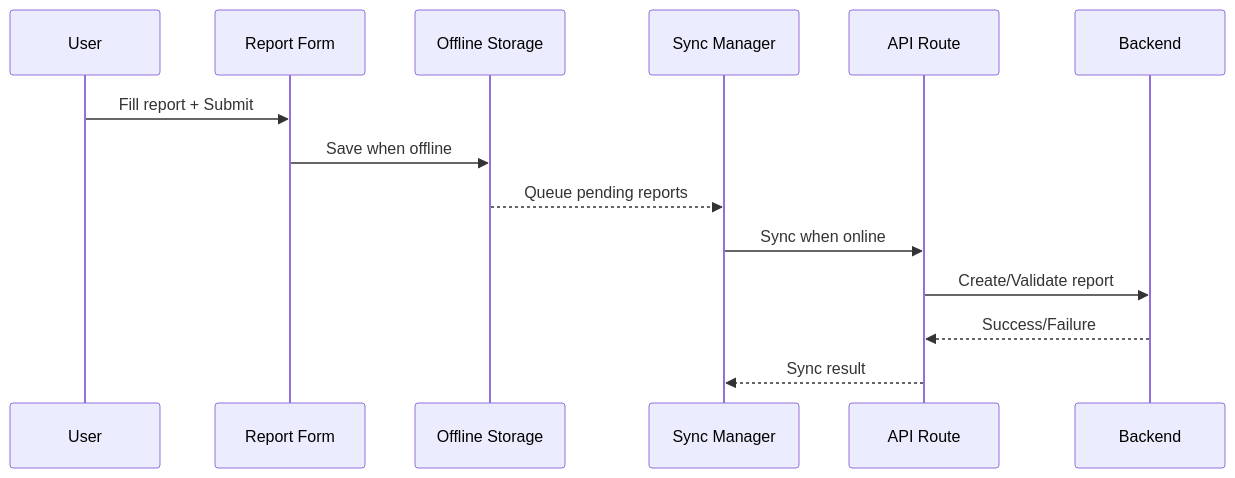
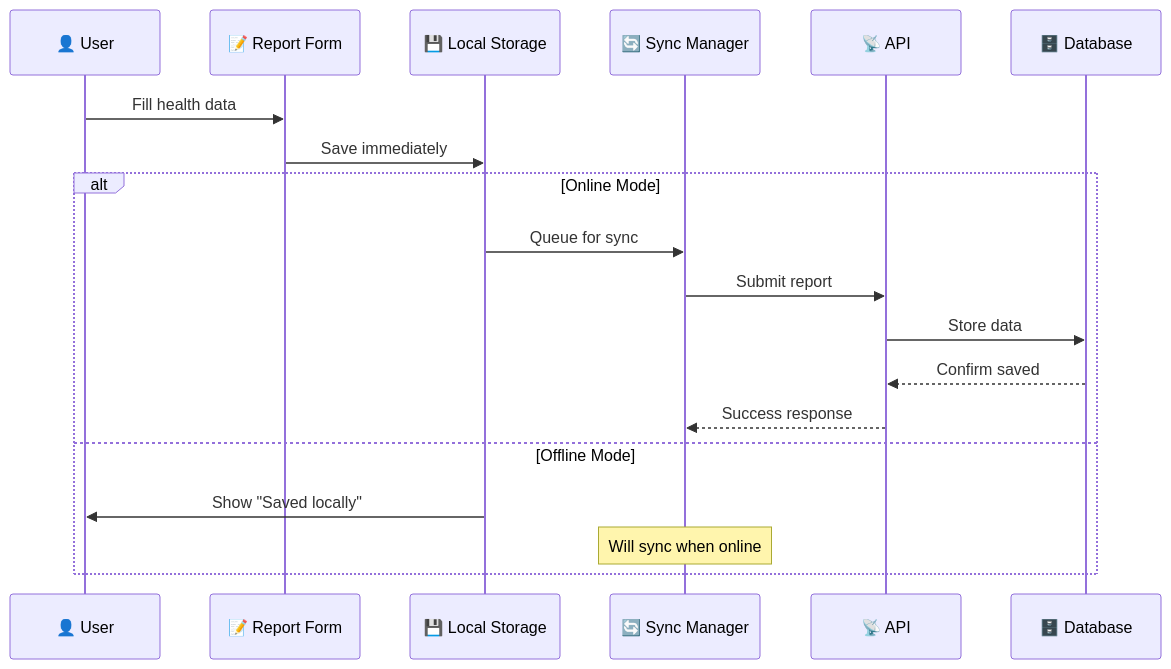
The second of 2 diagrams in README.md (gooseprime/smart-health-app), drawn with Mermaid before and after one commit. The commit also changed other lines of this file, not shown here.

````diff
--- a/README.md
+++ b/README.md
@@ -51,17 +172,23 @@
 ```mermaid
 sequenceDiagram
-  participant U as User
-  participant F as Report Form
-  participant O as Offline Storage
-  participant S as Sync Manager
-  participant API as API Route
-  participant BE as Backend
+    participant 👤 User
+    participant 📝 Report Form
+    participant 💾 Local Storage
+    participant 🔄 Sync Manager
+    participant 📡 API
+    participant 🗄️ Database
 
-  U->>F: Fill report + Submit
-  F->>O: Save when offline
-  O-->>S: Queue pending reports
-  S->>API: Sync when online
-  API->>BE: Create/Validate report
-  BE-->>API: Success/Failure
-  API-->>S: Sync result
+    👤 User->>📝 Report Form: Fill health data
+    📝 Report Form->>💾 Local Storage: Save immediately
+    
+    alt Online Mode
+        💾 Local Storage->>🔄 Sync Manager: Queue for sync
+        🔄 Sync Manager->>📡 API: Submit report
+        📡 API->>🗄️ Database: Store data
+        🗄️ Database-->>📡 API: Confirm saved
+        📡 API-->>🔄 Sync Manager: Success response
+    else Offline Mode
+        💾 Local Storage->>👤 User: Show "Saved locally"
+        Note over 🔄 Sync Manager: Will sync when online
+    end
 ```
````
